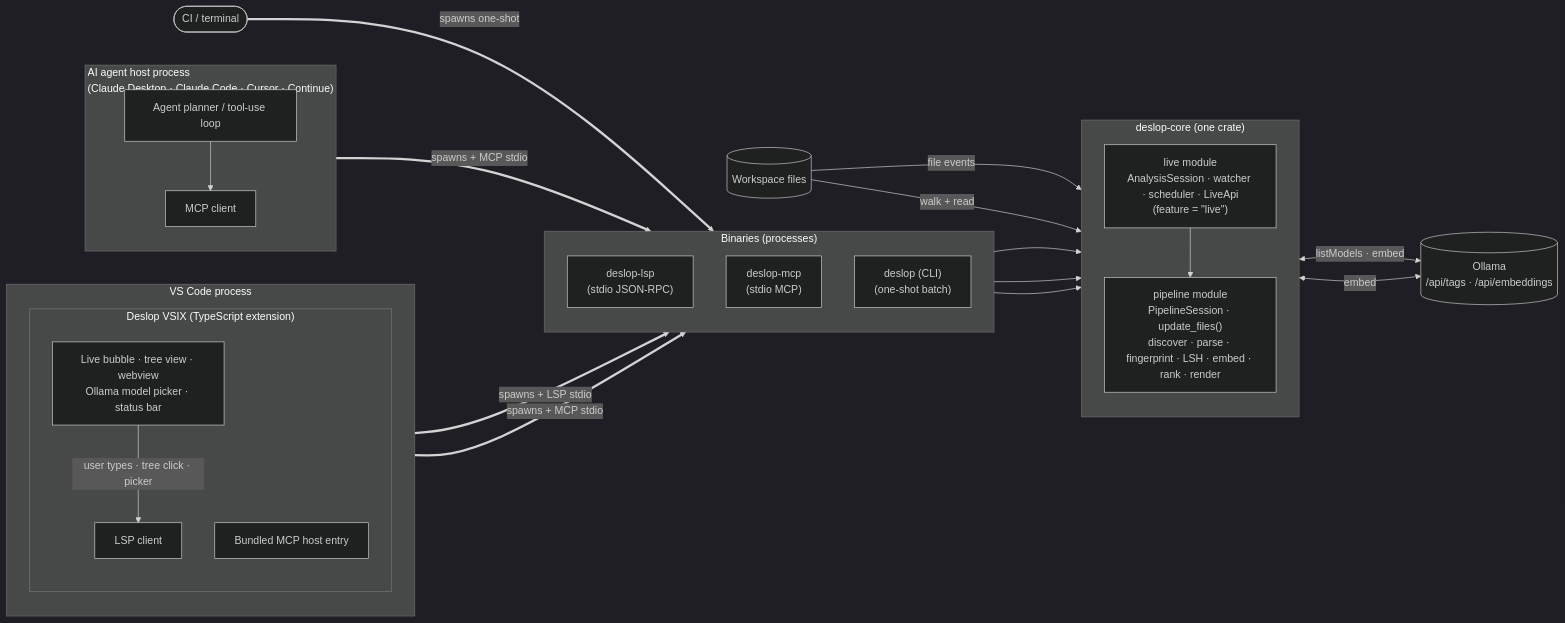
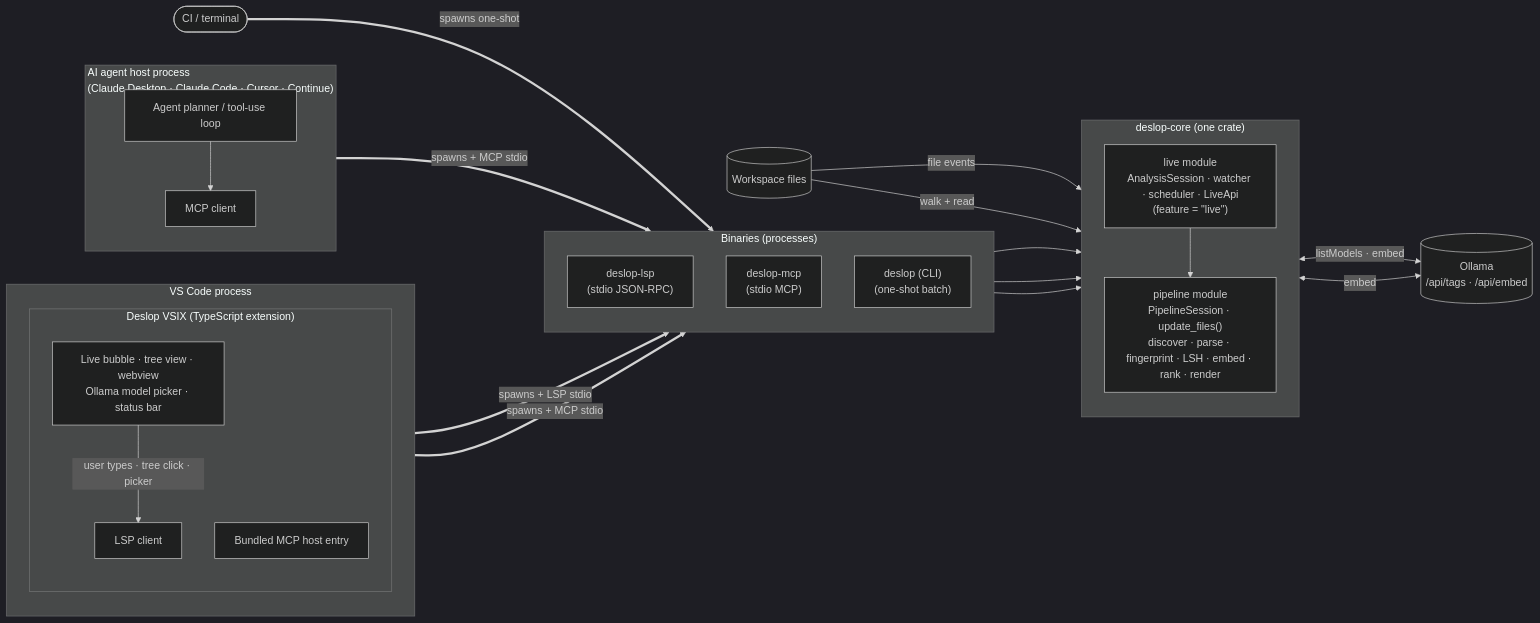
The diagram in docs/specs/live.md (Nimblesite/Deslop), drawn with Mermaid (dark theme) before and after one commit. The commit also changed 24 other files, not shown here.

````diff
--- a/docs/specs/live.md
+++ b/docs/specs/live.md
@@ -20,55 +20,55 @@
 ```mermaid
 flowchart LR
     CI(["CI / terminal"])
 
     subgraph VSCode["VS Code process"]
         direction TB
         subgraph VSIX["Deslop VSIX (TypeScript extension)"]
             direction TB
             UI["Live bubble · tree view · webview<br/>Ollama model picker · status bar"]
             LspClient["LSP client"]
             McpHost["Bundled MCP host entry"]
         end
     end
 
     subgraph AgentHost["AI agent host process<br/>(Claude Desktop · Claude Code · Cursor · Continue)"]
         direction TB
         AgentLoop["Agent planner / tool-use loop"]
         McpClient["MCP client"]
         AgentLoop --> McpClient
     end
 
     subgraph Binaries["Binaries (processes)"]
         direction TB
         LspBin["deslop-lsp<br/>(stdio JSON-RPC)"]
         McpBin["deslop-mcp<br/>(stdio MCP)"]
         CliBin["deslop (CLI)<br/>(one-shot batch)"]
     end
 
     subgraph CoreCrate["deslop-core (one crate)"]
         direction TB
         Live["live module<br/>AnalysisSession · watcher · scheduler · LiveApi<br/>(feature = &quot;live&quot;)"]
         Pipeline["pipeline module<br/>PipelineSession · update_files()<br/>discover · parse · fingerprint · LSH · embed · rank · render"]
         Live --> Pipeline
     end
 
     Workspace[(Workspace files)]
-    Ollama[(Ollama<br/>/api/tags · /api/embeddings)]
+    Ollama[(Ollama<br/>/api/tags · /api/embed)]
 
     UI -- "user types · tree click · picker" --> LspClient
     LspClient == "spawns + LSP stdio" ==> LspBin
     McpHost == "spawns + MCP stdio" ==> McpBin
 
     McpClient == "spawns + MCP stdio" ==> McpBin
     CI == "spawns one-shot" ==> CliBin
 
     LspBin --> Live
     McpBin --> Live
     CliBin --> Pipeline
 
     Workspace -- "file events" --> Live
     Workspace -- "walk + read" --> Pipeline
 
     Live <-- "listModels · embed" --> Ollama
     Pipeline <-- "embed" --> Ollama
 ```
````
